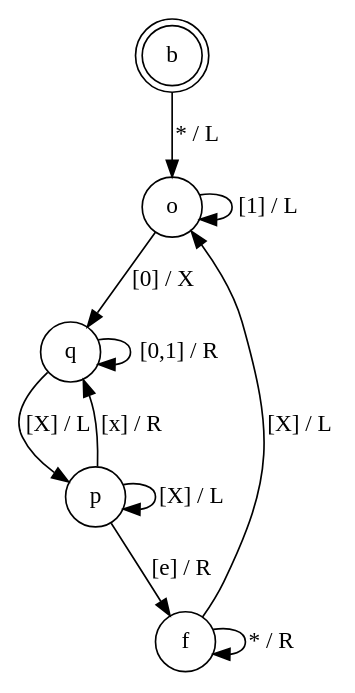
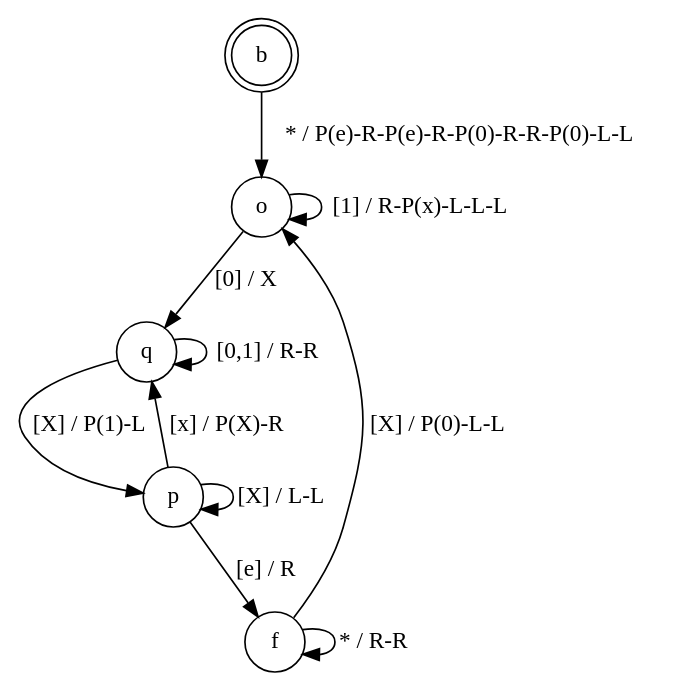
The diagram in state_machine.dot (mabhay3420/state_machine_compile_rust), drawn with Graphviz before and after one commit. The commit also changed 5 other files, not shown here.

```diff
--- a/state_machine.dot
+++ b/state_machine.dot
@@ -1,17 +1,17 @@
 digraph {
   "b" [shape=doublecircle];
   "o" [shape=circle];
   "q" [shape=circle];
   "p" [shape=circle];
   "f" [shape=circle];
-  "b" -> "o" [label="* / L"];
-  "o" -> "o" [label="[1] / L"];
+  "b" -> "o" [label="* / P(e)-R-P(e)-R-P(0)-R-R-P(0)-L-L"];
+  "o" -> "o" [label="[1] / R-P(x)-L-L-L"];
   "o" -> "q" [label="[0] / X"];
-  "q" -> "q" [label="[0,1] / R"];
-  "q" -> "p" [label="[X] / L"];
-  "p" -> "q" [label="[x] / R"];
+  "q" -> "q" [label="[0,1] / R-R"];
+  "q" -> "p" [label="[X] / P(1)-L"];
+  "p" -> "q" [label="[x] / P(X)-R"];
   "p" -> "f" [label="[e] / R"];
-  "p" -> "p" [label="[X] / L"];
-  "f" -> "f" [label="* / R"];
-  "f" -> "o" [label="[X] / L"];
+  "p" -> "p" [label="[X] / L-L"];
+  "f" -> "f" [label="* / R-R"];
+  "f" -> "o" [label="[X] / P(0)-L-L"];
 }
```
